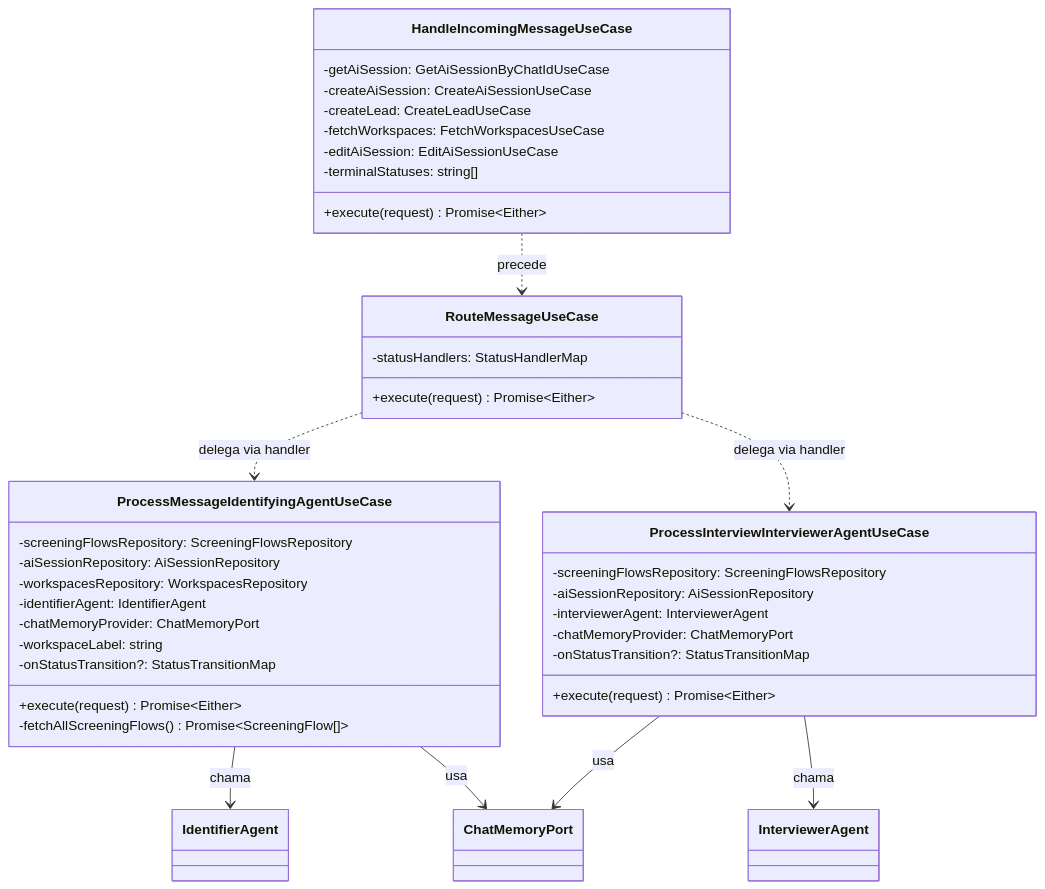
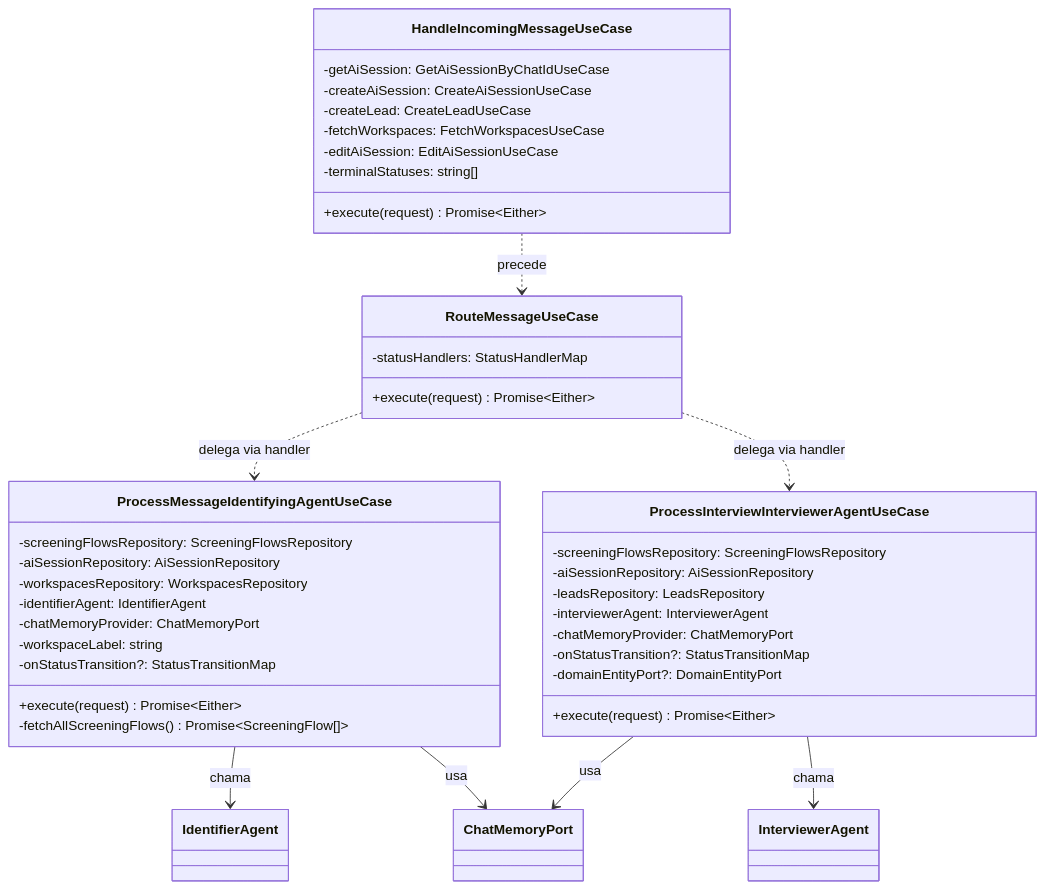
The second of 5 diagrams in framework_documentation.md (josevictorn/vero-api), drawn with Mermaid before and after one commit. The commit also changed other lines of this file and 1 other file, not shown here.

Commit message:
docs: update instance guide and framework documentation to reflect generic domain entity routes via DomainEntityPort

````diff
--- a/framework_documentation.md
+++ b/framework_documentation.md
@@ -754,49 +881,51 @@
 ```mermaid
 classDiagram
     direction TB
 
     class HandleIncomingMessageUseCase {
         -getAiSession: GetAiSessionByChatIdUseCase
         -createAiSession: CreateAiSessionUseCase
         -createLead: CreateLeadUseCase
         -fetchWorkspaces: FetchWorkspacesUseCase
         -editAiSession: EditAiSessionUseCase
         -terminalStatuses: string[]
         +execute(request) Promise~Either~
     }
 
     class RouteMessageUseCase {
         -statusHandlers: StatusHandlerMap
         +execute(request) Promise~Either~
     }
 
     class ProcessMessageIdentifyingAgentUseCase {
         -screeningFlowsRepository: ScreeningFlowsRepository
         -aiSessionRepository: AiSessionRepository
         -workspacesRepository: WorkspacesRepository
         -identifierAgent: IdentifierAgent
         -chatMemoryProvider: ChatMemoryPort
         -workspaceLabel: string
         -onStatusTransition?: StatusTransitionMap
         +execute(request) Promise~Either~
         -fetchAllScreeningFlows() Promise~ScreeningFlow[]~
     }
 
     class ProcessInterviewInterviewerAgentUseCase {
         -screeningFlowsRepository: ScreeningFlowsRepository
         -aiSessionRepository: AiSessionRepository
+        -leadsRepository: LeadsRepository
         -interviewerAgent: InterviewerAgent
         -chatMemoryProvider: ChatMemoryPort
         -onStatusTransition?: StatusTransitionMap
+        -domainEntityPort?: DomainEntityPort
         +execute(request) Promise~Either~
     }
 
     HandleIncomingMessageUseCase ..> RouteMessageUseCase : precede
     RouteMessageUseCase ..> ProcessMessageIdentifyingAgentUseCase : delega via handler
     RouteMessageUseCase ..> ProcessInterviewInterviewerAgentUseCase : delega via handler
 
     ProcessMessageIdentifyingAgentUseCase --> IdentifierAgent : chama
     ProcessMessageIdentifyingAgentUseCase --> ChatMemoryPort : usa
     ProcessInterviewInterviewerAgentUseCase --> InterviewerAgent : chama
     ProcessInterviewInterviewerAgentUseCase --> ChatMemoryPort : usa
 ```
````
